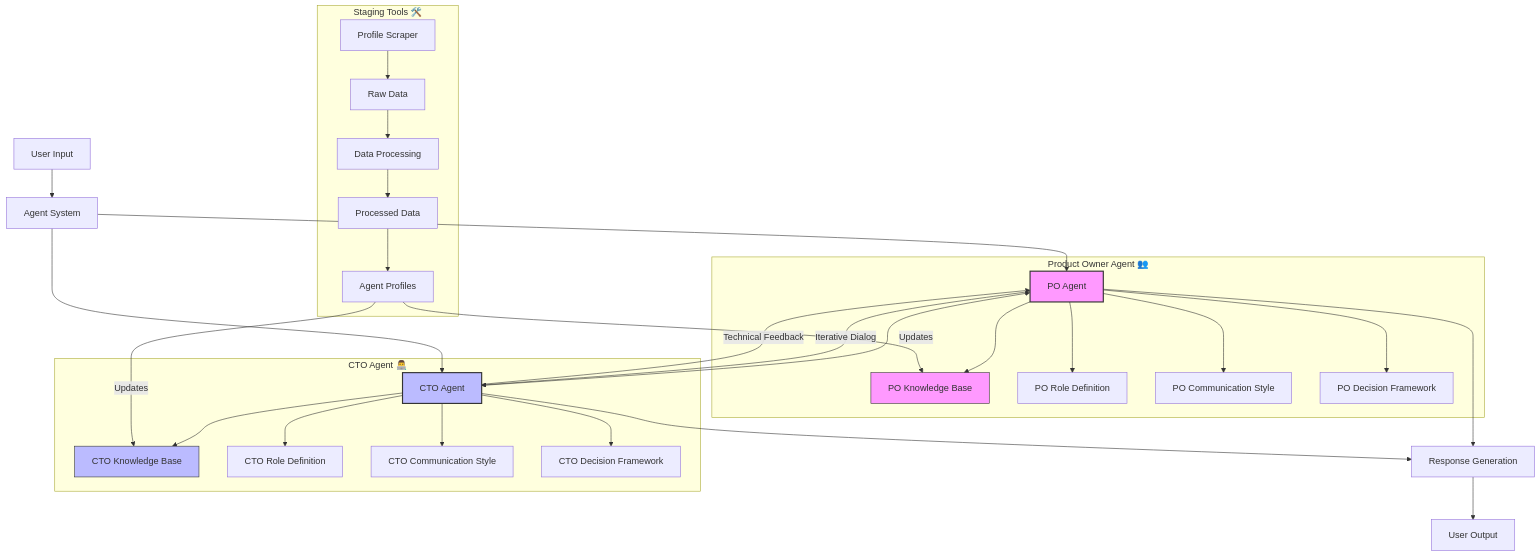
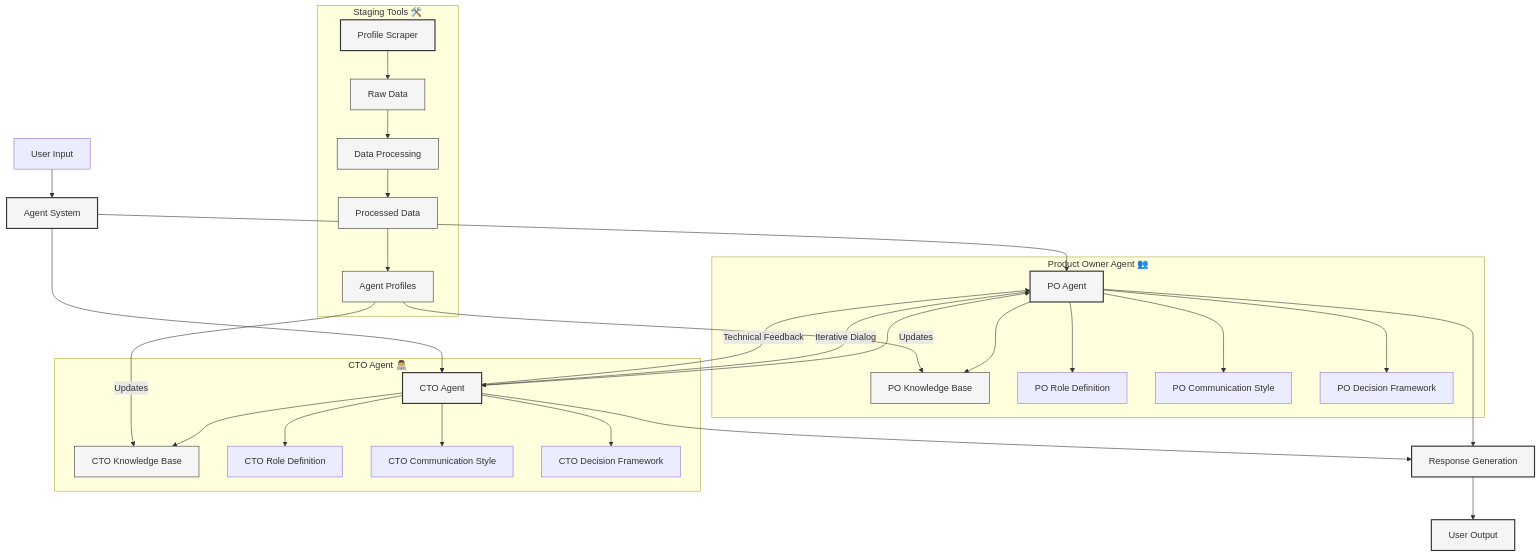
One commit to p5150j/agent-swarm changed the diagram in README.md. Above: the diagram before and after it, drawn with Mermaid.

Commit message:
docs: update system architecture diagram to use monochromatic color scheme

````diff
--- a/README.md
+++ b/README.md
@@ -20,45 +20,53 @@
 ```mermaid
 graph TD
     A[User Input] --> B[Agent System]
 
     subgraph "Product Owner Agent 👥"
         C[PO Agent] --> C1[PO Knowledge Base]
         C --> C2[PO Role Definition]
         C --> C3[PO Communication Style]
         C --> C4[PO Decision Framework]
     end
 
     subgraph "CTO Agent 👨‍💻"
         D[CTO Agent] --> D1[CTO Knowledge Base]
         D --> D2[CTO Role Definition]
         D --> D3[CTO Communication Style]
         D --> D4[CTO Decision Framework]
     end
 
     B --> C
     B --> D
 
     %% Agent Interactions
     C <--> D
     C -->|Iterative Dialog| D
     D -->|Technical Feedback| C
 
     %% Output Generation
     C --> E[Response Generation]
     D --> E
     E --> F[User Output]
 
     subgraph "Staging Tools 🛠️"
         G[Profile Scraper] --> H[Raw Data]
         H --> I[Data Processing]
         I --> J[Processed Data]
         J --> K[Agent Profiles]
         K -->|Updates| C1
         K -->|Updates| D1
     end
 
-    style C fill:#f9f,stroke:#333,stroke-width:2px
-    style D fill:#bbf,stroke:#333,stroke-width:2px
-    style C1 fill:#f9f,stroke:#333,stroke-width:1px
-    style D1 fill:#bbf,stroke:#333,stroke-width:1px
+    style C fill:#f5f5f5,stroke:#333,stroke-width:2px
+    style D fill:#f5f5f5,stroke:#333,stroke-width:2px
+    style C1 fill:#f5f5f5,stroke:#333,stroke-width:1px
+    style D1 fill:#f5f5f5,stroke:#333,stroke-width:1px
+    style B fill:#f5f5f5,stroke:#333,stroke-width:2px
+    style E fill:#f5f5f5,stroke:#333,stroke-width:2px
+    style F fill:#f5f5f5,stroke:#333,stroke-width:2px
+    style G fill:#f5f5f5,stroke:#333,stroke-width:2px
+    style H fill:#f5f5f5,stroke:#333,stroke-width:1px
+    style I fill:#f5f5f5,stroke:#333,stroke-width:1px
+    style J fill:#f5f5f5,stroke:#333,stroke-width:1px
+    style K fill:#f5f5f5,stroke:#333,stroke-width:1px
 ```
````
